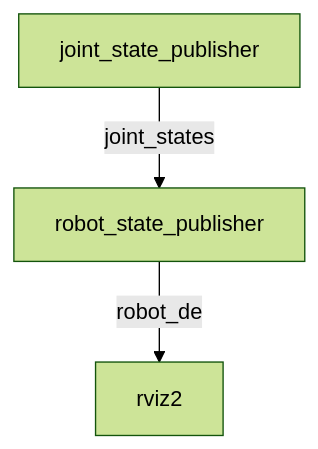
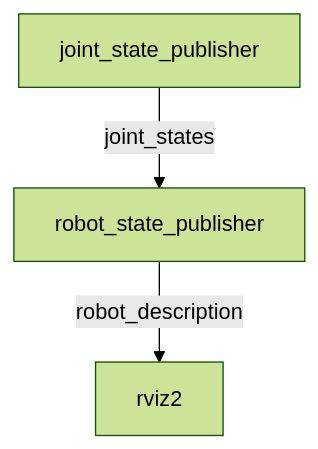
Before and after one commit to fishros/d2l-ros2: the diagram in docs/chapt8/8.2RVIZ2可视化移动机器人模型.md, drawn with Mermaid (forest theme). The commit also changed 3 other files, not shown here.

````diff
--- a/docs/chapt8/8.2RVIZ2可视化移动机器人模型.md
+++ b/docs/chapt8/8.2RVIZ2可视化移动机器人模型.md
@@ -131,7 +131,7 @@
 ```mermaid
 graph
 A[joint_state_publisher]--joint_states-->B
-B[robot_state_publisher]--robot_de-->C
+B[robot_state_publisher]--robot_description-->C
 C[rviz2]
 
 ```
````
